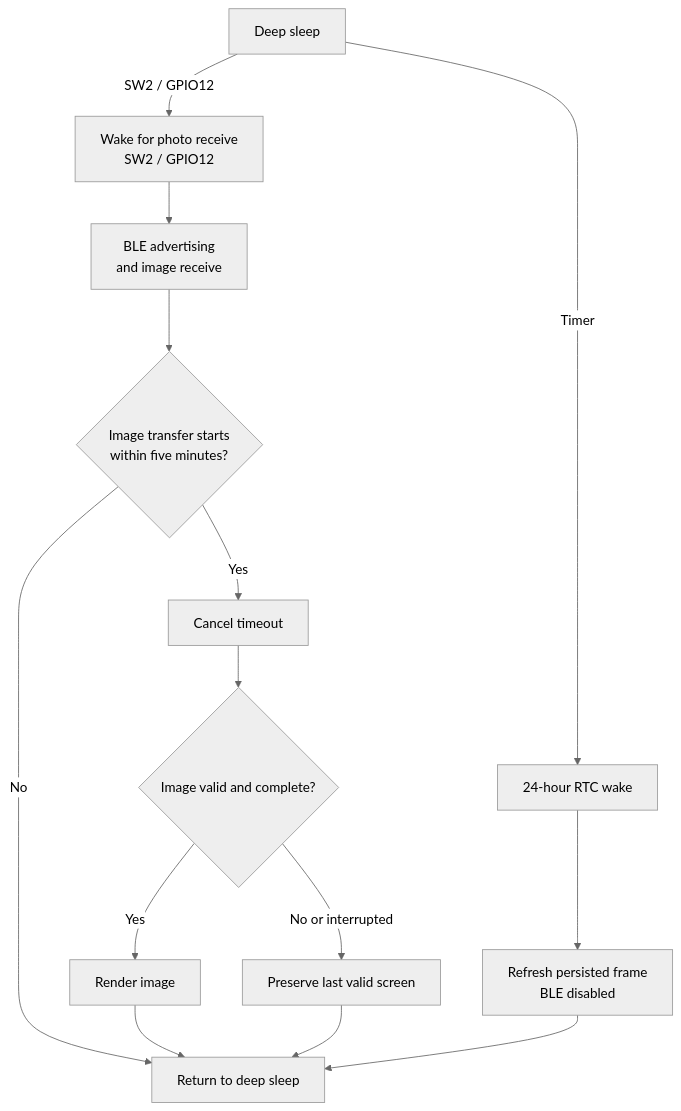
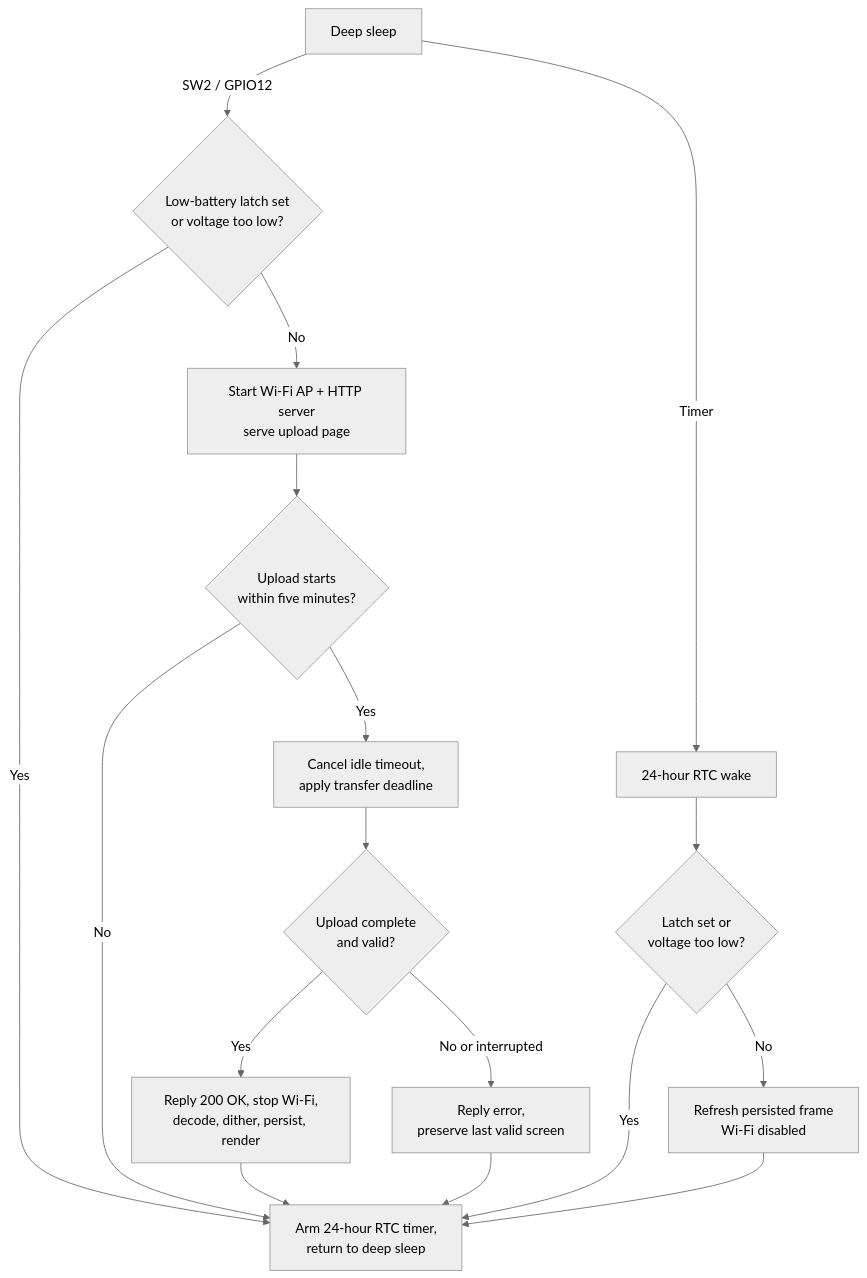
The second of 2 diagrams in docs/PLAN.md (Maokx1/hof_frame), drawn with Mermaid (neutral theme) before and after one commit. The commit also changed other lines of this file and 3 other files, not shown here.

````diff
--- a/docs/PLAN.md
+++ b/docs/PLAN.md
@@ -136,21 +181,25 @@
 ```mermaid
 flowchart TD
     A["Deep sleep"]
-    B["Wake for photo receive<br/>SW2 / GPIO12"]
-    C["BLE advertising<br/>and image receive"]
-    D{"Image transfer starts<br/>within five minutes?"}
-    E["Return to deep sleep"]
-    F["Cancel timeout"]
-    G{"Image valid and complete?"}
-    H["Render image"]
-    I["Preserve last valid screen"]
+    B["Start Wi-Fi AP + HTTP server<br/>serve upload page"]
+    D{"Upload starts<br/>within five minutes?"}
+    E["Arm 24-hour RTC timer,<br/>return to deep sleep"]
+    F["Cancel idle timeout,<br/>apply transfer deadline"]
+    G{"Upload complete<br/>and valid?"}
+    H["Reply 200 OK, stop Wi-Fi,<br/>decode, dither, persist, render"]
+    I["Reply error,<br/>preserve last valid screen"]
     J["24-hour RTC wake"]
-    K["Refresh persisted frame<br/>BLE disabled"]
+    K["Refresh persisted frame<br/>Wi-Fi disabled"]
+    L{"Low-battery latch set<br/>or voltage too low?"}
 
-    A -->|SW2 / GPIO12| B --> C --> D
+    A -->|"SW2 / GPIO12"| L
+    L -->|Yes| E
+    L -->|No| B --> D
     D -->|No| E
     D -->|Yes| F --> G
     G -->|Yes| H --> E
     G -->|No or interrupted| I --> E
-    A -->|Timer| J --> K --> E
+    A -->|Timer| J --> L2{"Latch set or<br/>voltage too low?"}
+    L2 -->|Yes| E
+    L2 -->|No| K --> E
 ```
````
